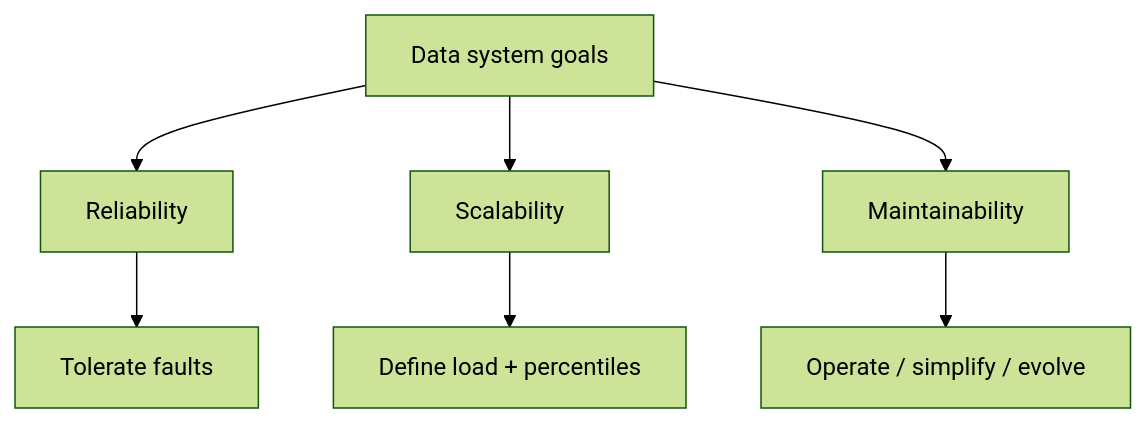
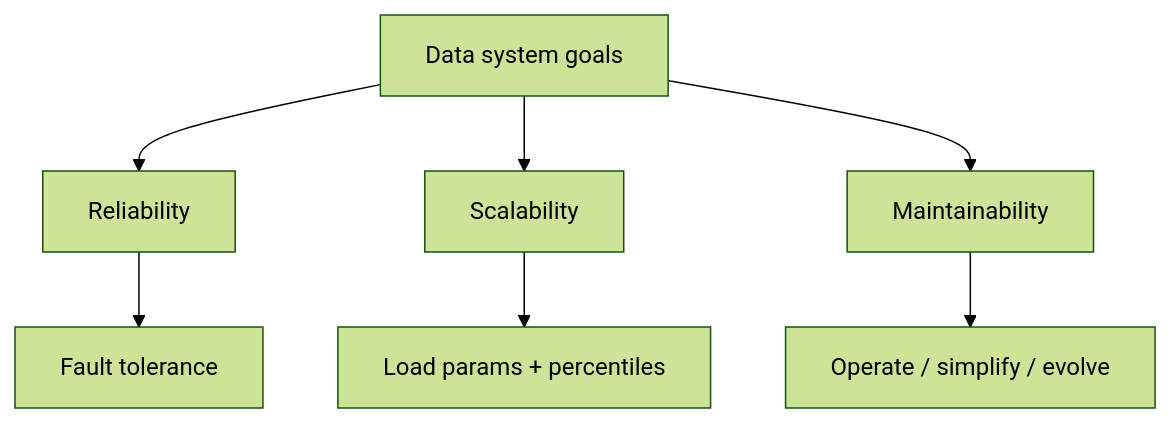
One commit to pmagnomuller/pmagnomuller.github.io changed the first of 2 diagrams in _ddia/ch01-reliable-scalable-maintainable-applications.md. Above: the diagram before and after it, drawn with Mermaid (forest theme). The commit also changed other lines of this file and 28 other files, not shown here.

````diff
--- a/_ddia/ch01-reliable-scalable-maintainable-applications.md
+++ b/_ddia/ch01-reliable-scalable-maintainable-applications.md
@@ -20,9 +42,9 @@
 ```mermaid
 flowchart TD
   Goals[Data system goals] --> Rel[Reliability]
   Goals --> Scal[Scalability]
   Goals --> Maint[Maintainability]
-  Rel --> FT[Tolerate faults]
-  Scal --> Load[Define load + percentiles]
+  Rel --> FT[Fault tolerance]
+  Scal --> Load[Load params + percentiles]
   Maint --> Ops[Operate / simplify / evolve]
 ```
````
